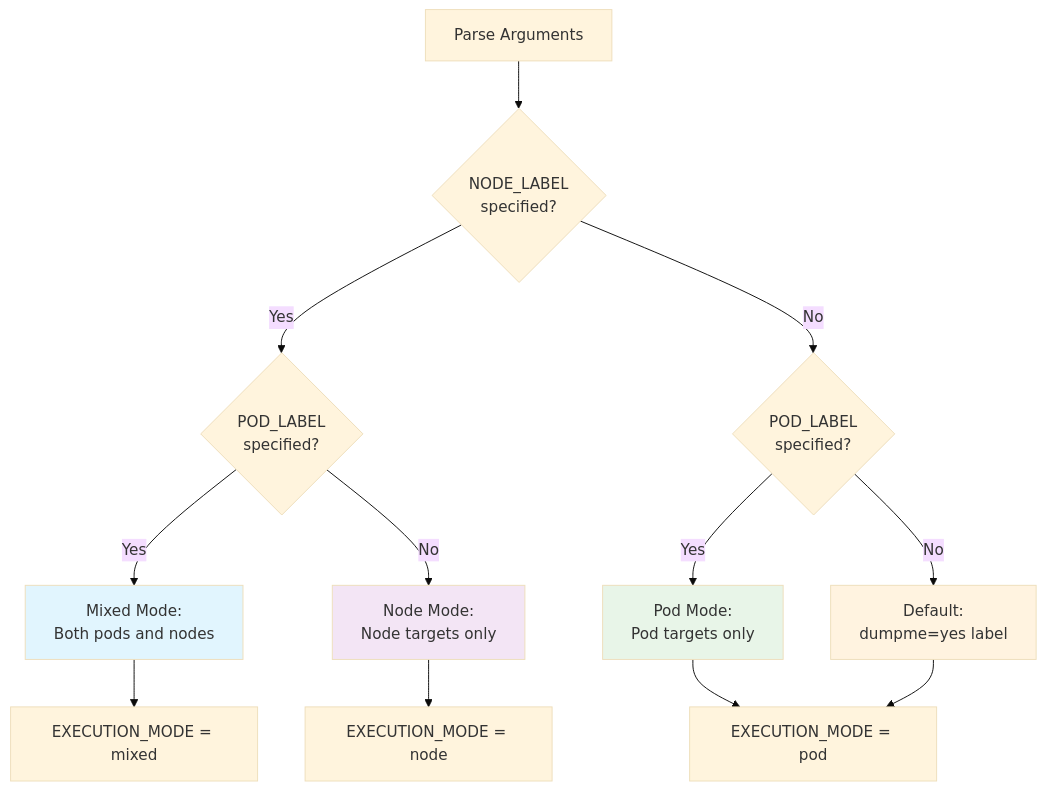
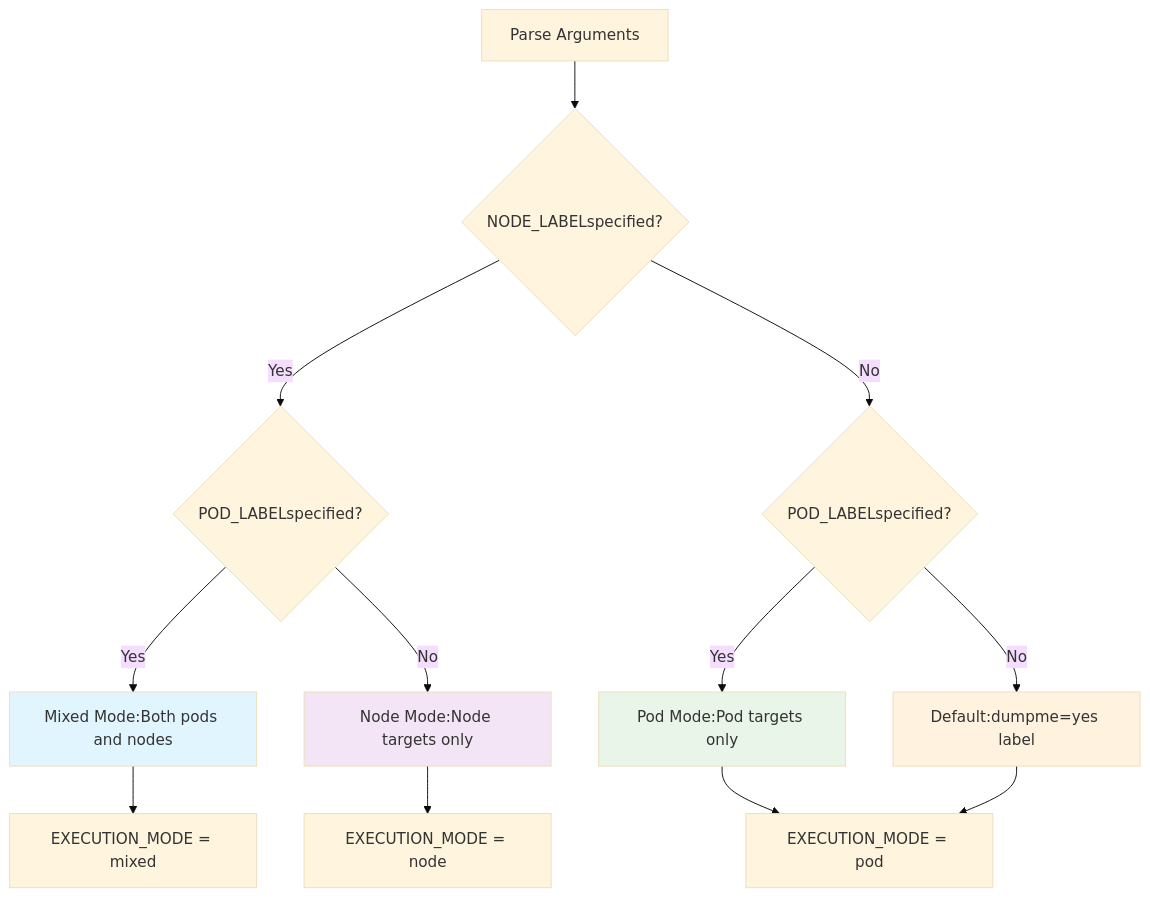
One commit to 8-cm/kube-dump changed the second of 3 diagrams in docs/main-execution-flow.md. Above: the diagram before and after it, drawn with Mermaid (base theme). The commit also changed other lines of this file and 4 other files, not shown here.

First line of the commit message:
fix: Resolve Mermaid diagram rendering issues for GitHub compatibility

````diff
--- a/docs/main-execution-flow.md
+++ b/docs/main-execution-flow.md
@@ -97,22 +97,22 @@
 ```mermaid
 graph TD
-    A[Parse Arguments] --> B{NODE_LABEL<br/>specified?}
-    B -->|Yes| C{POD_LABEL<br/>specified?}
-    B -->|No| D{POD_LABEL<br/>specified?}
+    A[Parse Arguments] --> B{NODE_LABELspecified?}
+    B -->|Yes| C{POD_LABELspecified?}
+    B -->|No| D{POD_LABELspecified?}
     
-    C -->|Yes| E[Mixed Mode:<br/>Both pods and nodes]
-    C -->|No| F[Node Mode:<br/>Node targets only]
+    C -->|Yes| E[Mixed Mode:Both pods and nodes]
+    C -->|No| F[Node Mode:Node targets only]
     
-    D -->|Yes| G[Pod Mode:<br/>Pod targets only]
-    D -->|No| H[Default:<br/>dumpme=yes label]
+    D -->|Yes| G[Pod Mode:Pod targets only]
+    D -->|No| H[Default:dumpme=yes label]
     
     E --> I[EXECUTION_MODE = mixed]
     F --> J[EXECUTION_MODE = node]
     G --> K[EXECUTION_MODE = pod]
     H --> K
     
     style E fill:#e1f5fe
     style F fill:#f3e5f5
     style G fill:#e8f5e8
     style H fill:#fff3e0
 ```
````
